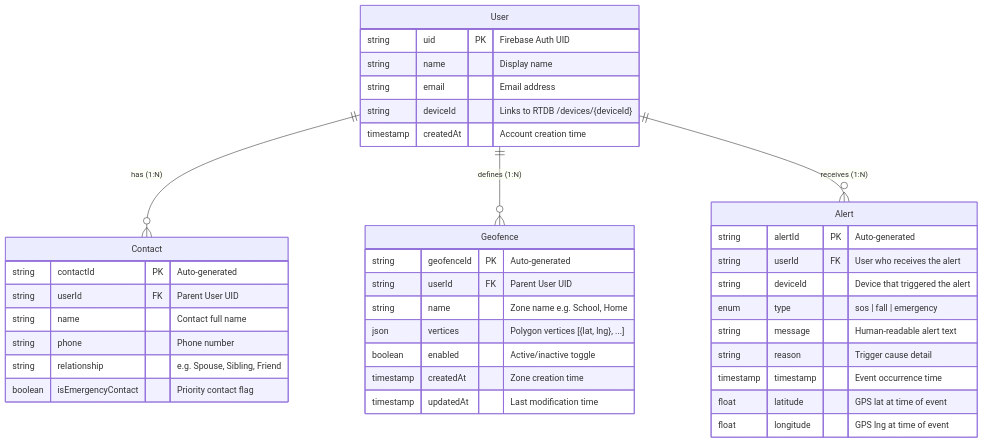
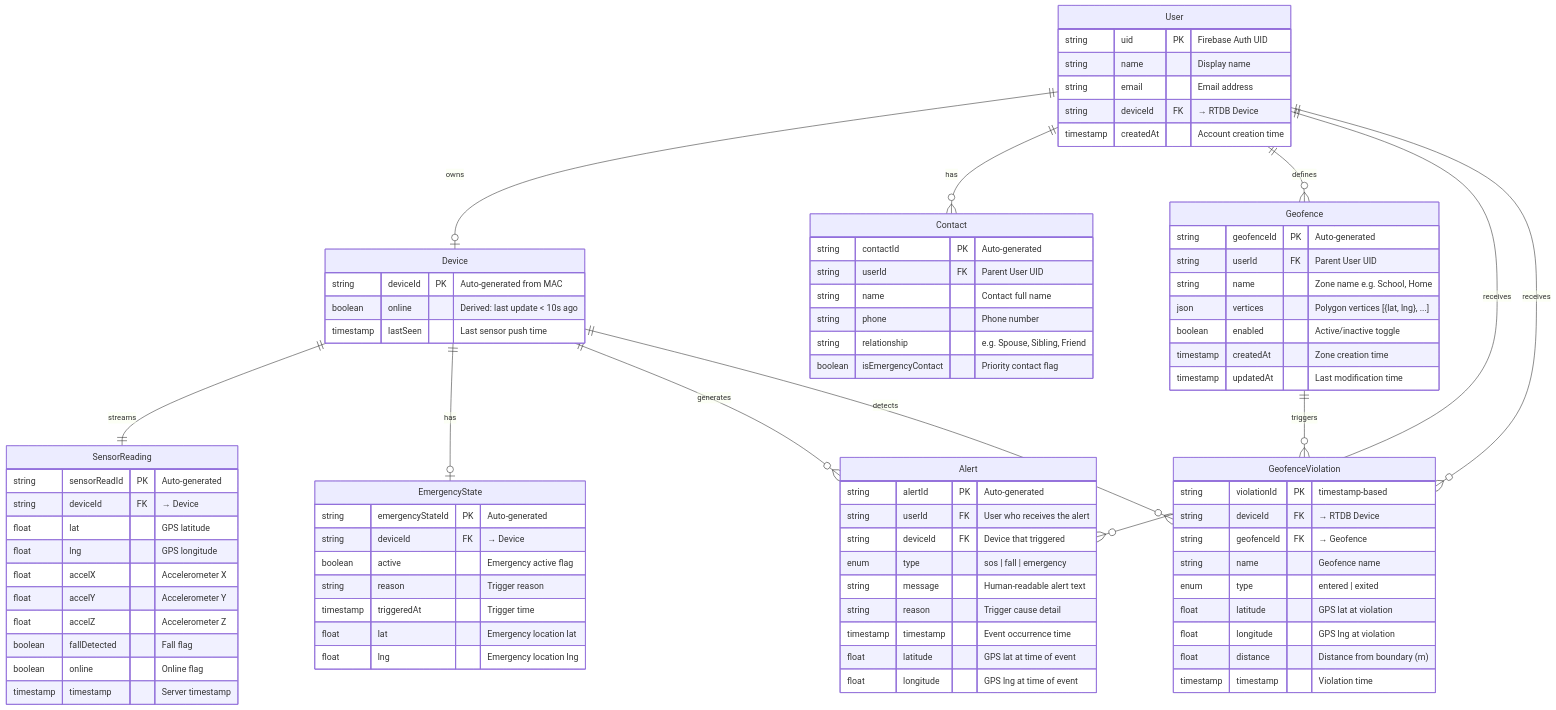
One commit to Tuma0991/PWPD changed the diagram in docs/entity-relationship-diagram.md. Above: the diagram before and after it, drawn with Mermaid. The commit also changed other lines of this file and 8 other files, not shown here.

````diff
--- a/docs/entity-relationship-diagram.md
+++ b/docs/entity-relationship-diagram.md
@@ -20,8 +10,37 @@
         string uid PK "Firebase Auth UID"
         string name "Display name"
         string email "Email address"
-        string deviceId "Links to RTDB /devices/{deviceId}"
+        string deviceId FK "→ RTDB Device"
         timestamp createdAt "Account creation time"
+    }
+
+    Device {
+        string deviceId PK "Auto-generated from MAC"
+        boolean online "Derived: last update < 10s ago"
+        timestamp lastSeen "Last sensor push time"
+    }
+
+    SensorReading {
+        string sensorReadId PK "Auto-generated"
+        string deviceId FK "→ Device"
+        float lat "GPS latitude"
+        float lng "GPS longitude"
+        float accelX "Accelerometer X"
+        float accelY "Accelerometer Y"
+        float accelZ "Accelerometer Z"
+        boolean fallDetected "Fall flag"
+        boolean online "Online flag"
+        timestamp timestamp "Server timestamp"
+    }
+
+    EmergencyState {
+        string emergencyStateId PK "Auto-generated"
+        string deviceId FK "→ Device"
+        boolean active "Emergency active flag"
+        string reason "Trigger reason"
+        timestamp triggeredAt "Trigger time"
+        float lat "Emergency location lat"
+        float lng "Emergency location lng"
     }
 
     Contact {
@@ -46,7 +65,7 @@
     Alert {
         string alertId PK "Auto-generated"
         string userId FK "User who receives the alert"
-        string deviceId "Device that triggered the alert"
+        string deviceId FK "Device that triggered"
         enum type "sos | fall | emergency"
         string message "Human-readable alert text"
         string reason "Trigger cause detail"
@@ -55,7 +74,27 @@
         float longitude "GPS lng at time of event"
     }
 
-    User ||--o{ Contact : "has (1:N)"
-    User ||--o{ Geofence : "defines (1:N)"
-    User ||--o{ Alert : "receives (1:N)"
+    GeofenceViolation {
+        string violationId PK "timestamp-based"
+        string deviceId FK "→ RTDB Device"
+        string geofenceId FK "→ Geofence"
+        string name "Geofence name"
+        enum type "entered | exited"
+        float latitude "GPS lat at violation"
+        float longitude "GPS lng at violation"
+        float distance "Distance from boundary (m)"
+        timestamp timestamp "Violation time"
+    }
+
+    User ||--o| Device : "owns"
+    User ||--o{ Contact : "has"
+    User ||--o{ Geofence : "defines"
+    User ||--o{ Alert : "receives"
+    User ||--o{ GeofenceViolation : "receives"
+    Device ||--|| SensorReading : "streams"
+    Device ||--o| EmergencyState : "has"
+    Device ||--o{ Alert : "generates"
+    Device ||--o{ GeofenceViolation : "detects"
+    Geofence ||--o{ GeofenceViolation : "triggers"
+
 ```
````
